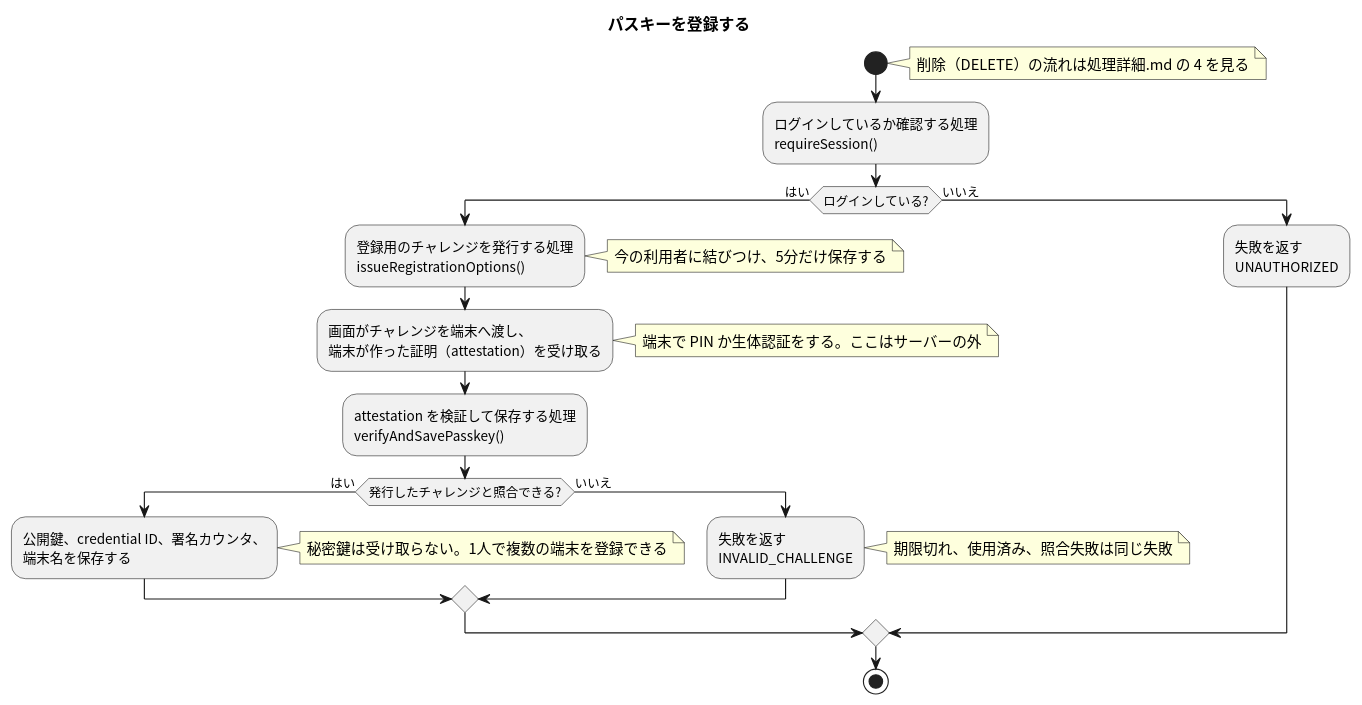
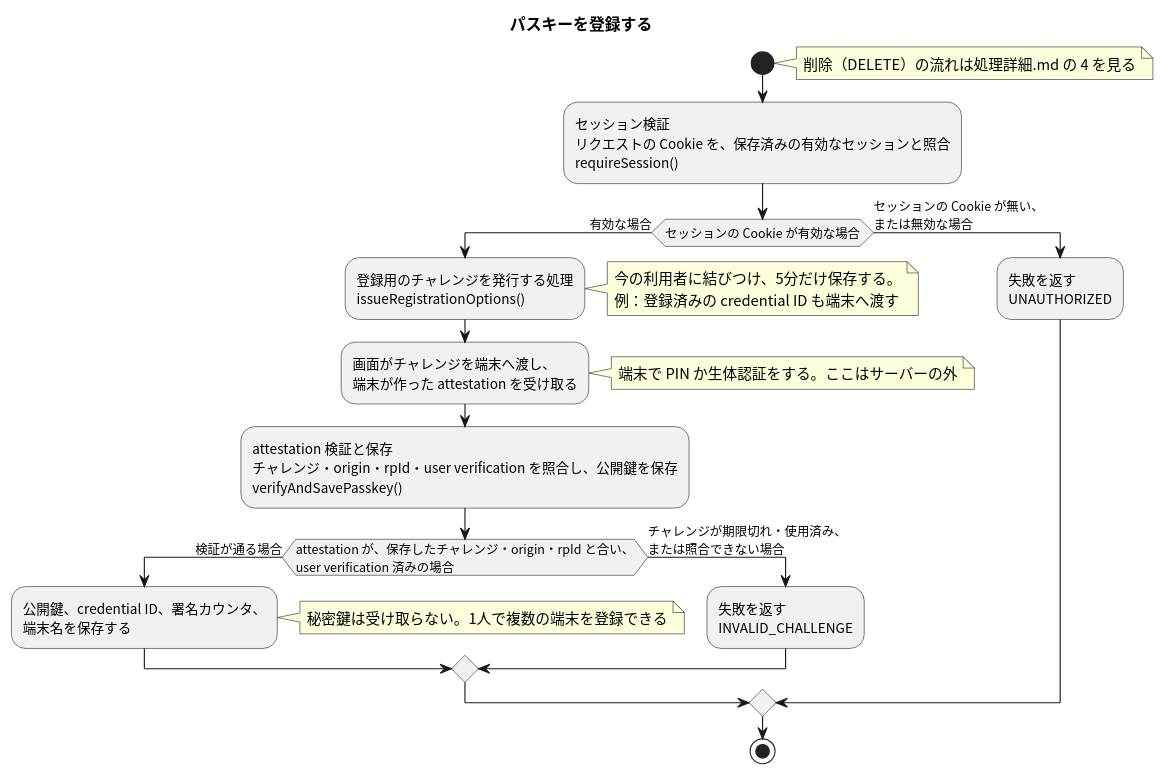
The diagram in apis/register-passkey/flow.puml (masamasamasato/design-doc-template), drawn with PlantUML before and after one commit. The commit also changed 113 other files, not shown here.

```diff
--- a/apis/register-passkey/flow.puml
+++ b/apis/register-passkey/flow.puml
@@ -3,28 +3,27 @@
 @startuml
 skinparam shadowing false
 skinparam defaultFontName "Noto Sans CJK JP"
 skinparam ActivityFontName "Noto Sans CJK JP"
 
 title パスキーを登録する
 
 start
 note right: 削除（DELETE）の流れは処理詳細.md の 4 を見る
-:ログインしているか確認する処理\nrequireSession();
-if (ログインしている?) then (はい)
+:セッション検証\nリクエストの Cookie を、保存済みの有効なセッションと照合\nrequireSession();
+if (セッションの Cookie が有効な場合) then (有効な場合)
   :登録用のチャレンジを発行する処理\nissueRegistrationOptions();
-  note right: 今の利用者に結びつけ、5分だけ保存する
-  :画面がチャレンジを端末へ渡し、\n端末が作った証明（attestation）を受け取る;
+  note right: 今の利用者に結びつけ、5分だけ保存する。\n例：登録済みの credential ID も端末へ渡す
+  :画面がチャレンジを端末へ渡し、\n端末が作った attestation を受け取る;
   note right: 端末で PIN か生体認証をする。ここはサーバーの外
-  :attestation を検証して保存する処理\nverifyAndSavePasskey();
-  if (発行したチャレンジと照合できる?) then (はい)
+  :attestation 検証と保存\nチャレンジ・origin・rpId・user verification を照合し、公開鍵を保存\nverifyAndSavePasskey();
+  if (attestation が、保存したチャレンジ・origin・rpId と合い、\nuser verification 済みの場合) then (検証が通る場合)
     :公開鍵、credential ID、署名カウンタ、\n端末名を保存する;
     note right: 秘密鍵は受け取らない。1人で複数の端末を登録できる
-  else (いいえ)
+  else (チャレンジが期限切れ・使用済み、\nまたは照合できない場合)
     :失敗を返す\nINVALID_CHALLENGE;
-    note right: 期限切れ、使用済み、照合失敗は同じ失敗
   endif
-else (いいえ)
+else (セッションの Cookie が無い、\nまたは無効な場合)
   :失敗を返す\nUNAUTHORIZED;
 endif
 stop
 @enduml
```
